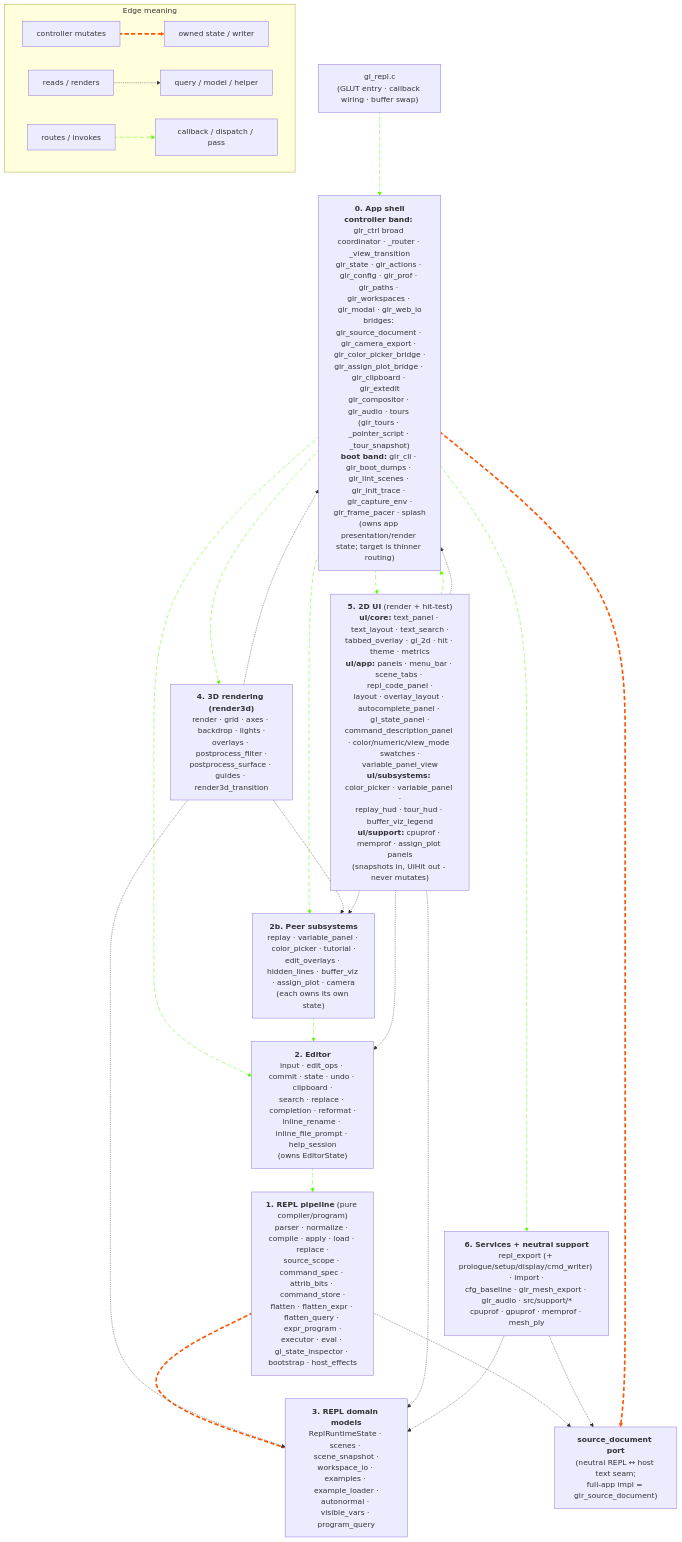
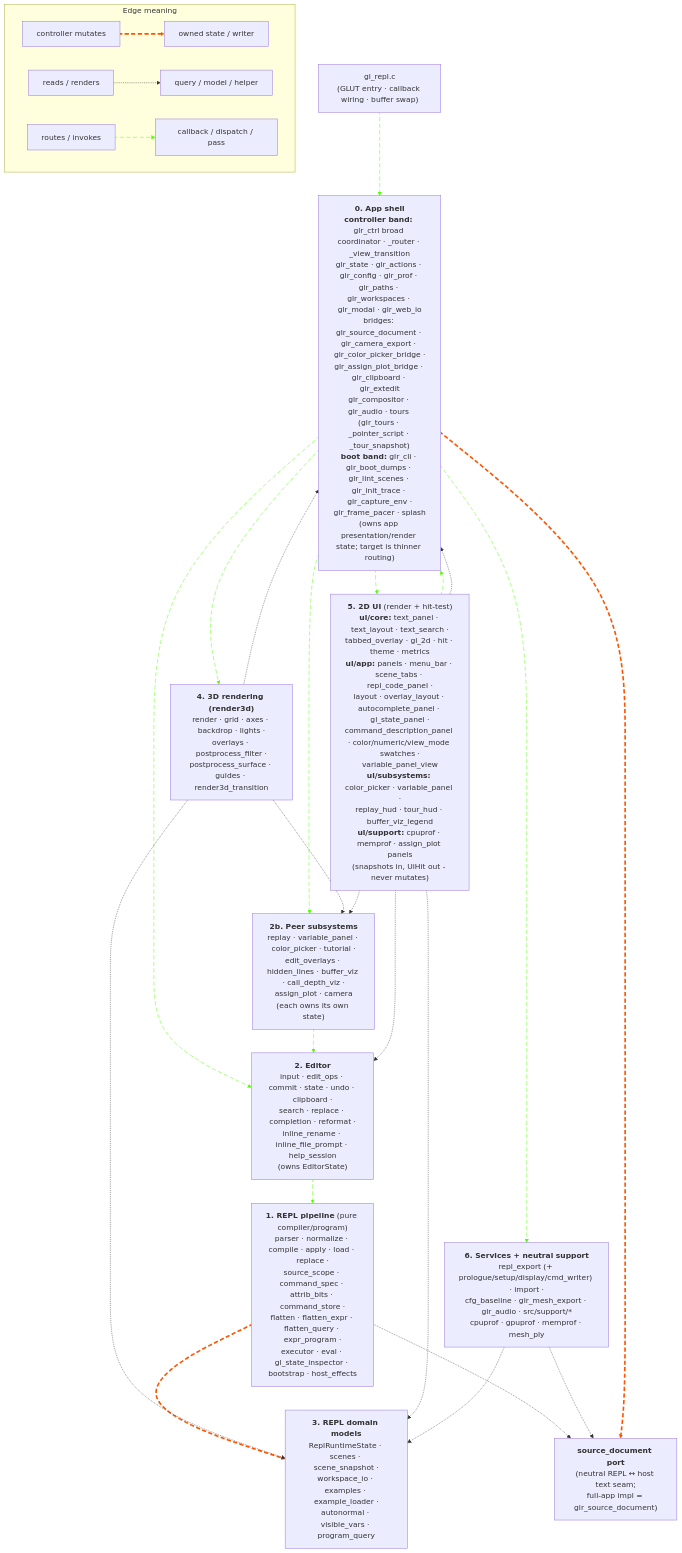
The first of 2 diagrams in docs/MODULES.md (drewwoods/gl-repl), drawn with Mermaid before and after one commit. The commit also changed other lines of this file and 69 other files, not shown here.

````diff
--- a/docs/MODULES.md
+++ b/docs/MODULES.md
@@ -751,79 +752,79 @@
 ```mermaid
 flowchart TB
     subgraph legend["Edge meaning"]
         lmut_a["controller mutates"] e1@==> lmut_b["owned state / writer"]
         lread_a["reads / renders"] -.-> lread_b["query / model / helper"]
         lflow_a["routes / invokes"] i1@--> lflow_b["callback / dispatch / pass"]
     end
 
     gl_repl["gl_repl.c<br/>(GLUT entry · callback wiring · buffer swap)"]
 
     app["<b>0. App shell</b><br/><b>controller band:</b> glr_ctrl broad coordinator · _router · _view_transition<br/>glr_state · glr_actions · glr_config · glr_prof · glr_paths · glr_workspaces · glr_modal · glr_web_io<br/>bridges: glr_source_document · glr_camera_export · glr_color_picker_bridge ·<br/>glr_assign_plot_bridge · glr_clipboard · glr_extedit<br/>glr_compositor · glr_audio · tours (glr_tours · _pointer_script · _tour_snapshot)<br/><b>boot band:</b> glr_cli · glr_boot_dumps · glr_lint_scenes · glr_init_trace · glr_capture_env ·<br/>glr_frame_pacer · splash<br/>(owns app presentation/render state; target is thinner routing)"]
 
     editor["<b>2. Editor</b><br/>input · edit_ops · commit · state · undo · clipboard ·<br/>search · replace · completion · reformat ·<br/>inline_rename · inline_file_prompt · help_session<br/>(owns EditorState)"]
 
-    peers["<b>2b. Peer subsystems</b><br/>replay · variable_panel · color_picker · tutorial ·<br/>edit_overlays · hidden_lines · buffer_viz · assign_plot · camera<br/>(each owns its own state)"]
+    peers["<b>2b. Peer subsystems</b><br/>replay · variable_panel · color_picker · tutorial ·<br/>edit_overlays · hidden_lines · buffer_viz · call_depth_viz ·<br/>assign_plot · camera<br/>(each owns its own state)"]
 
     repl["<b>1. REPL pipeline</b> (pure compiler/program)<br/>parser · normalize · compile · apply · load · replace ·<br/>source_scope · command_spec · attrib_bits · command_store ·<br/>flatten · flatten_expr · flatten_query · expr_program ·<br/>executor · eval · gl_state_inspector · bootstrap · host_effects"]
 
     models["<b>3. REPL domain models</b><br/>ReplRuntimeState · scenes · scene_snapshot ·<br/>workspace_io · examples · example_loader ·<br/>autonormal · visible_vars · program_query"]
 
     srcdoc["<b>source_document port</b><br/>(neutral REPL ↔ host text seam;<br/>full-app impl = glr_source_document)"]
 
     ui["<b>5. 2D UI</b> (render + hit-test)<br/><b>ui/core:</b> text_panel · text_layout · text_search ·<br/>tabbed_overlay · gl_2d · hit · theme · metrics<br/><b>ui/app:</b> panels · menu_bar · scene_tabs · repl_code_panel ·<br/>layout · overlay_layout · autocomplete_panel · gl_state_panel ·<br/>command_description_panel · color/numeric/view_mode swatches ·<br/>variable_panel_view<br/><b>ui/subsystems:</b> color_picker · variable_panel ·<br/>replay_hud · tour_hud · buffer_viz_legend<br/><b>ui/support:</b> cpuprof · memprof · assign_plot panels<br/>(snapshots in, UiHit out - never mutates)"]
 
     render3d["<b>4. 3D rendering (render3d)</b><br/>render · grid · axes · backdrop · lights ·<br/>overlays · postprocess_filter ·<br/>postprocess_surface · guides · render3d_transition"]
 
     services["<b>6. Services + neutral support</b><br/>repl_export (+ prologue/setup/display/cmd_writer) · import ·<br/>cfg_baseline · glr_mesh_export · glr_audio · src/support/*<br/>cpuprof · gpuprof · memprof · mesh_ply"]
 
     %% Raw input flow: gl_repl.c hands GLUT events to the app shell. UI
     %% hit-tests are passive - they compute a UiHit and hand it back to
     %% the controller for dispatch.
     gl_repl i2@--> app
     ui i3@--> app
 
     %% App shell routes raw input to the owning subsystem, drives the
     %% frame, and calls UI/render3d/services.
     app i4@--> editor
     app i5@--> peers
     app i6@--> render3d
     app i7@--> ui
     app i8@--> services
 
     %% Editor commit is the only path crossing INTO the REPL pipeline.
     %% REPL apply / command_store mutates the program model.
     editor i9@--> repl
     repl e2@==> models
 
     %% Peers write back through the editor (color_picker rewrites a
     %% source line via editor_commit_apply_external_change; the
     %% variable_panel drag rewrites a numeric token the same way).
     peers i10@--> editor
 
     %% Source-document port: REPL pipeline reads/writes source text
     %% through the neutral port, and services read source through it
     %% too. The full-app adapter (app layer) delegates writes to the
     %% editor buffer - editor stays the single underlying writer.
     repl -.-> srcdoc
     services -.-> srcdoc
     app e3@==> srcdoc
 
     %% Render is read-only: render3d and UI consume snapshots of program /
     %% editor / peer / app state. They never mutate.
     render3d -.-> models
     render3d -.-> peers
     render3d -.-> app
     ui -.-> editor
     ui -.-> models
     ui -.-> peers
     ui -.-> app
 
     %% Services read program and editor state to persist/replay.
     services -.-> models
 
     classDef animateE stroke:#f50,stroke-dasharray: 9\,5,stroke-dashoffset: 900,animation: dash 90s linear infinite;
     classDef animateF stroke:#5f0,stroke-dasharray: 9\,5,stroke-dashoffset: 900,animation: dash 90s linear infinite;
 
     class e1,e2,e3 animateE
     class i1,i2,i3,i4,i5,i6,i7,i8,i9,i10 animateF
 ```
````
